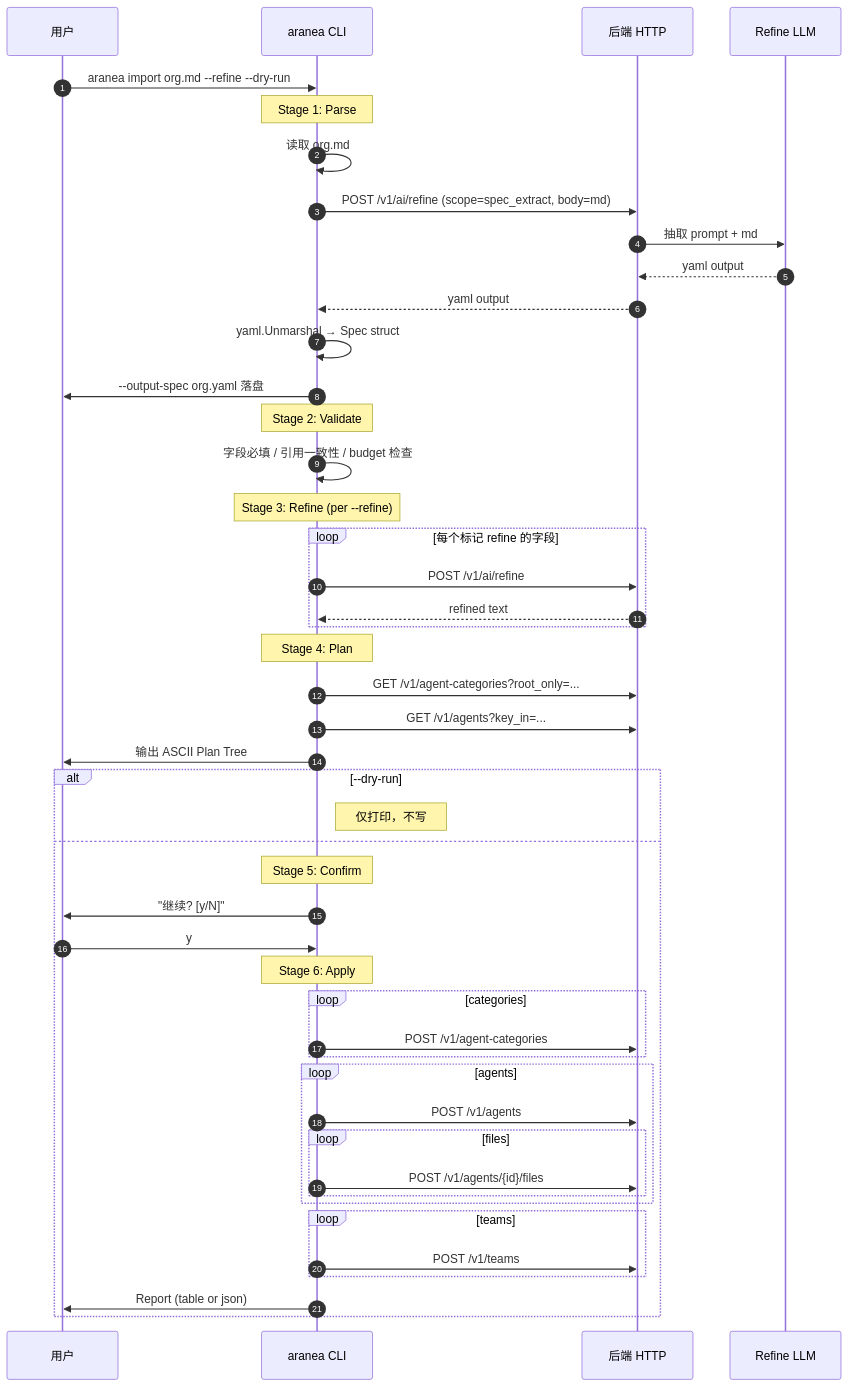
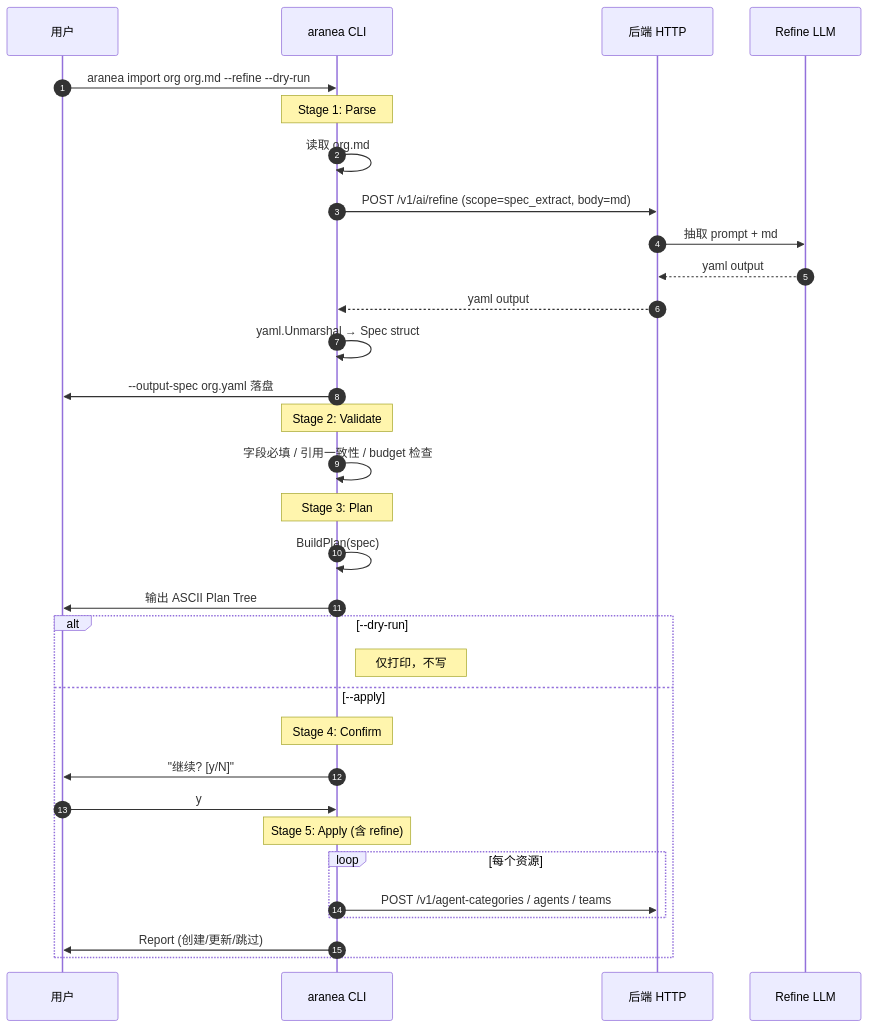
Before and after one commit to AmarsDing/aranea-agents: the second of 2 diagrams in docs/development/58-prompt-governance.design.md, drawn with Mermaid. The commit also changed other lines of this file and 59 other files, not shown here.

First line of the commit message:
feat: 新增预规划门控与意图传递默认值优化

````diff
--- a/docs/development/58-prompt-governance.design.md
+++ b/docs/development/58-prompt-governance.design.md
@@ -851,56 +724,40 @@
 ```mermaid
 sequenceDiagram
   autonumber
   participant U as 用户
   participant CLI as aranea CLI
   participant SVC as 后端 HTTP
   participant LLM as Refine LLM
 
-  U->>CLI: aranea import org.md --refine --dry-run
+  U->>CLI: aranea import org org.md --refine --dry-run
 
   Note over CLI: Stage 1: Parse
   CLI->>CLI: 读取 org.md
   CLI->>SVC: POST /v1/ai/refine (scope=spec_extract, body=md)
   SVC->>LLM: 抽取 prompt + md
   LLM-->>SVC: yaml output
   SVC-->>CLI: yaml output
   CLI->>CLI: yaml.Unmarshal → Spec struct
   CLI->>U: --output-spec org.yaml 落盘
 
   Note over CLI: Stage 2: Validate
   CLI->>CLI: 字段必填 / 引用一致性 / budget 检查
 
-  Note over CLI: Stage 3: Refine (per --refine)
-  loop 每个标记 refine 的字段
-    CLI->>SVC: POST /v1/ai/refine
-    SVC-->>CLI: refined text
-  end
-
-  Note over CLI: Stage 4: Plan
-  CLI->>SVC: GET /v1/agent-categories?root_only=...
-  CLI->>SVC: GET /v1/agents?key_in=...
+  Note over CLI: Stage 3: Plan
+  CLI->>CLI: BuildPlan(spec)
   CLI->>U: 输出 ASCII Plan Tree
 
   alt --dry-run
     Note right of CLI: 仅打印，不写
-  else
-    Note over CLI: Stage 5: Confirm
+  else --apply
+    Note over CLI: Stage 4: Confirm
     CLI->>U: "继续? [y/N]"
     U->>CLI: y
 
-    Note over CLI: Stage 6: Apply
-    loop categories
-      CLI->>SVC: POST /v1/agent-categories
+    Note over CLI: Stage 5: Apply (含 refine)
+    loop 每个资源
+      CLI->>SVC: POST /v1/agent-categories / agents / teams
     end
-    loop agents
-      CLI->>SVC: POST /v1/agents
-      loop files
-        CLI->>SVC: POST /v1/agents/{id}/files
-      end
-    end
-    loop teams
-      CLI->>SVC: POST /v1/teams
-    end
-    CLI->>U: Report (table or json)
+    CLI->>U: Report (创建/更新/跳过)
   end
 ```
````
